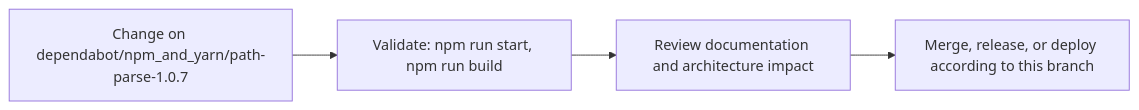
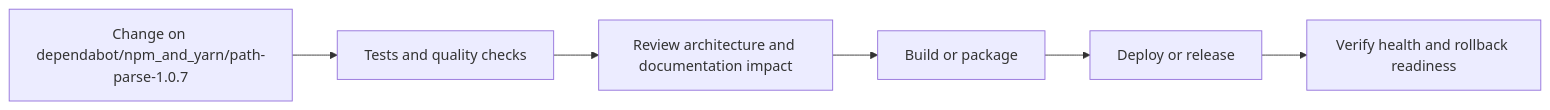
One commit to Nischhalsubba/Personal-Website changed the fourth of 5 diagrams in README.md. Above: the diagram before and after it, drawn with Mermaid. The commit also changed other lines of this file, not shown here.

````diff
--- a/README.md
+++ b/README.md
@@ -62,8 +134,8 @@
 ```mermaid
 flowchart LR
-    CHANGE["Change on dependabot/npm_and_yarn/path-parse-1.0.7"]
-    CHECK["Validate: npm run start, npm run build"]
-    REVIEW["Review documentation and architecture impact"]
-    RELEASE["Merge, release, or deploy according to this branch"]
-    CHANGE --> CHECK --> REVIEW --> RELEASE
+    CHANGE["Change on dependabot/npm_and_yarn/path-parse-1.0.7"] --> CHECK["Tests and quality checks"]
+    CHECK --> REVIEW["Review architecture and documentation impact"]
+    REVIEW --> BUILD["Build or package"]
+    BUILD --> DEPLOY["Deploy or release"]
+    DEPLOY --> VERIFY["Verify health and rollback readiness"]
 ```
````
